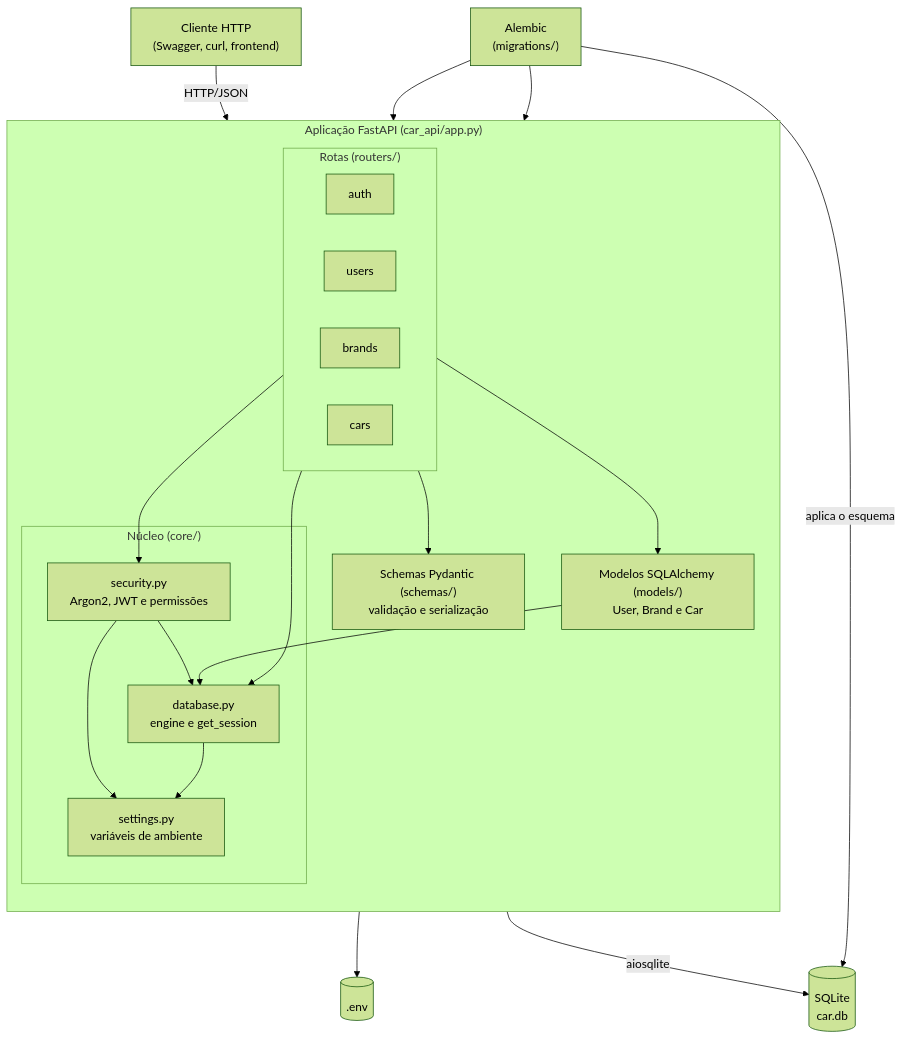
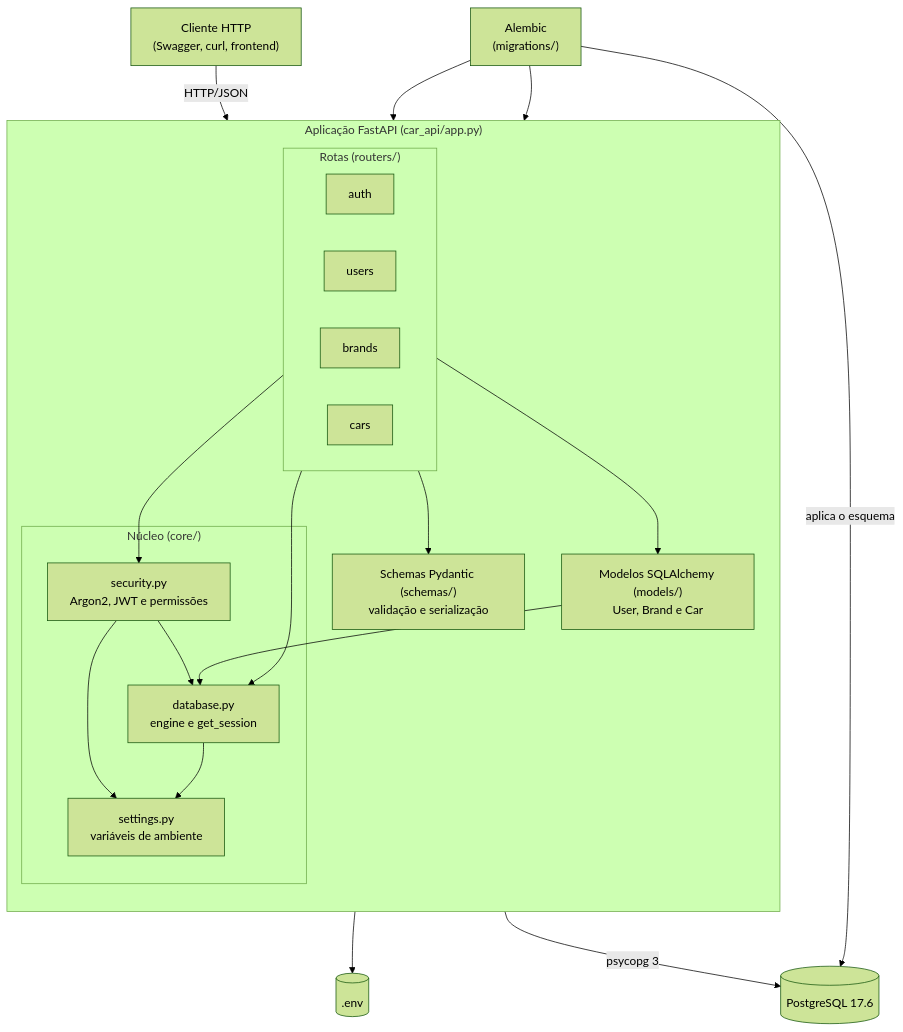
Before and after one commit to LeonardoAlmeidaGit/car-api: the second of 10 diagrams in docs/system-modeling.md, drawn with Mermaid (forest theme). The commit also changed other lines of this file and 3 other files, not shown here.

Commit message:
docs: document field limits and the PostgreSQL setup

````diff
--- a/docs/system-modeling.md
+++ b/docs/system-modeling.md
@@ -70,44 +88,44 @@
 ```mermaid
 flowchart TB
     Client["Cliente HTTP<br/>(Swagger, curl, frontend)"]
 
     subgraph App["Aplicação FastAPI (car_api/app.py)"]
         direction TB
 
         subgraph Routers["Rotas (routers/)"]
             AuthR["auth"]
             UsersR["users"]
             BrandsR["brands"]
             CarsR["cars"]
         end
 
         Schemas["Schemas Pydantic (schemas/)<br/>validação e serialização"]
 
         subgraph Core["Núcleo (core/)"]
             Security["security.py<br/>Argon2, JWT e permissões"]
             Database["database.py<br/>engine e get_session"]
             Settings["settings.py<br/>variáveis de ambiente"]
         end
 
         Models["Modelos SQLAlchemy (models/)<br/>User, Brand e Car"]
     end
 
     Env[(".env")]
-    DB[("SQLite<br/>car.db")]
+    DB[("PostgreSQL 17.6")]
     Alembic["Alembic<br/>(migrations/)"]
 
     Client -->|"HTTP/JSON"| Routers
     Routers --> Schemas
     Routers --> Security
     Routers --> Models
     Routers --> Database
     Security --> Database
     Security --> Settings
     Database --> Settings
     Settings --> Env
     Models --> Database
-    Database -->|"aiosqlite"| DB
+    Database -->|"psycopg 3"| DB
     Alembic -->|"aplica o esquema"| DB
     Alembic --> Settings
     Alembic --> Models
 ```
````
